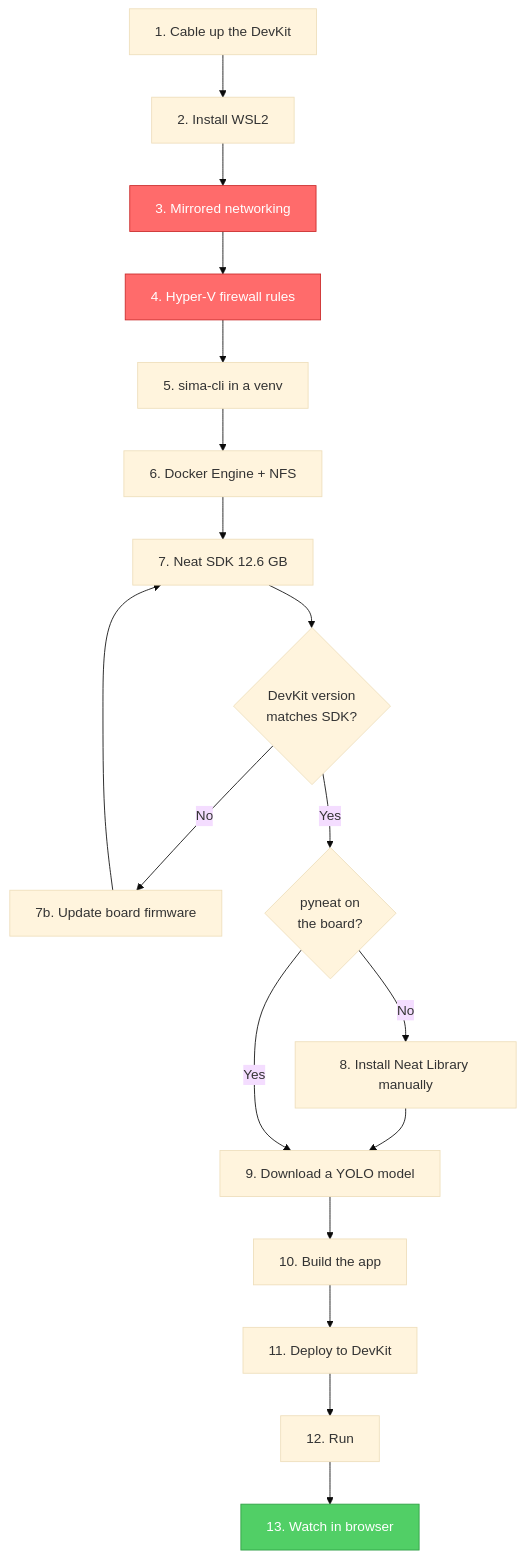
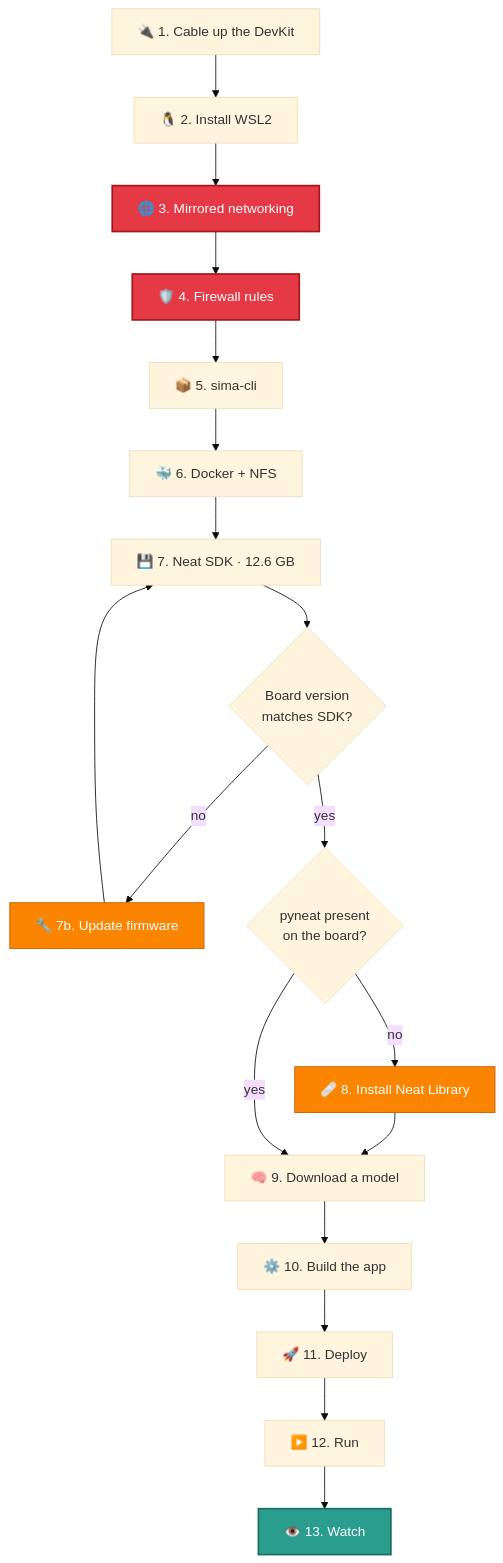
The first of 2 diagrams in README.md (RizwanMunawar/sima-projects), drawn with Mermaid (base theme) before and after one commit. The commit also changed other lines of this file, not shown here.

````diff
--- a/README.md
+++ b/README.md
@@ -84,24 +159,26 @@
 ```mermaid
 flowchart TD
-    A[1. Cable up the DevKit] --> B[2. Install WSL2]
-    B --> C[3. Mirrored networking]
-    C --> D[4. Hyper-V firewall rules]
-    D --> E[5. sima-cli in a venv]
-    E --> F[6. Docker Engine + NFS]
-    F --> G[7. Neat SDK 12.6 GB]
-    G --> H{DevKit version<br/>matches SDK?}
-    H -->|No| I[7b. Update board firmware]
+    A["🔌 1. Cable up the DevKit"] --> B["🐧 2. Install WSL2"]
+    B --> C["🌐 3. Mirrored networking"]
+    C --> D["🛡️ 4. Firewall rules"]
+    D --> E["📦 5. sima-cli"]
+    E --> F["🐳 6. Docker + NFS"]
+    F --> G["💾 7. Neat SDK · 12.6 GB"]
+    G --> H{"Board version<br/>matches SDK?"}
+    H -->|no| I["🔧 7b. Update firmware"]
     I --> G
-    H -->|Yes| J{pyneat on<br/>the board?}
-    J -->|No| K[8. Install Neat Library manually]
+    H -->|yes| J{"pyneat present<br/>on the board?"}
+    J -->|no| K["🩹 8. Install Neat Library"]
     K --> L
-    J -->|Yes| L[9. Download a YOLO model]
-    L --> M[10. Build the app]
-    M --> N[11. Deploy to DevKit]
-    N --> O[12. Run]
-    O --> P[13. Watch in browser]
+    J -->|yes| L["🧠 9. Download a model"]
+    L --> M["⚙️ 10. Build the app"]
+    M --> N["🚀 11. Deploy"]
+    N --> O["▶️ 12. Run"]
+    O --> P["👁️ 13. Watch"]
 
-    style C fill:#ff6b6b,stroke:#c92a2a,color:#fff
-    style D fill:#ff6b6b,stroke:#c92a2a,color:#fff
-    style P fill:#51cf66,stroke:#2f9e44,color:#fff
+    style C fill:#E63946,stroke:#A4161A,color:#fff,stroke-width:2px
+    style D fill:#E63946,stroke:#A4161A,color:#fff,stroke-width:2px
+    style I fill:#FB8500,stroke:#C25E00,color:#fff
+    style K fill:#FB8500,stroke:#C25E00,color:#fff
+    style P fill:#2A9D8F,stroke:#1B6E63,color:#fff,stroke-width:2px
 ```
````
